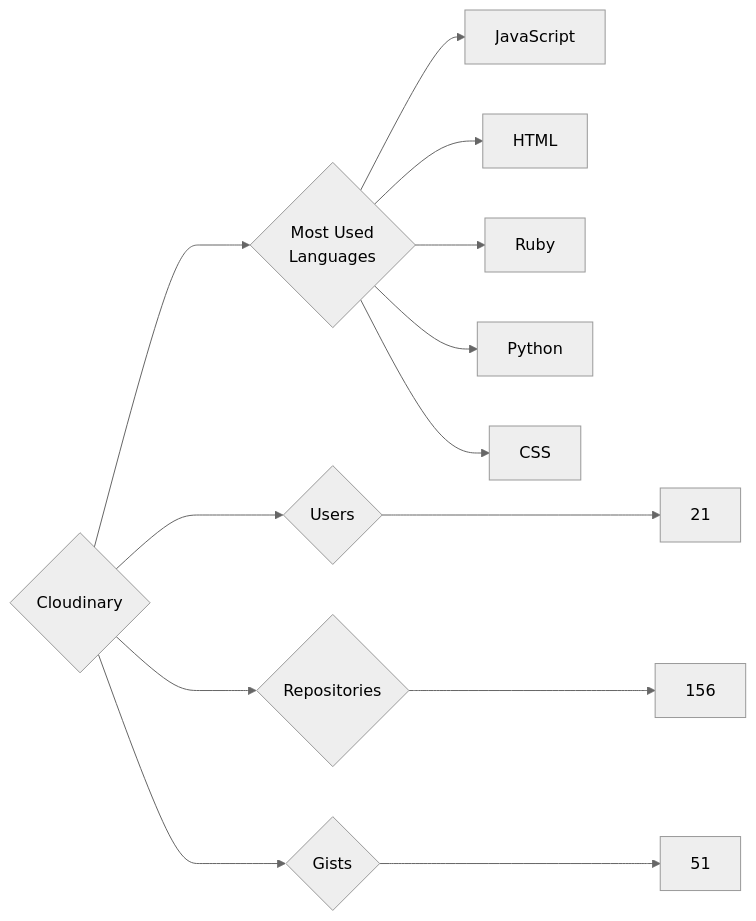
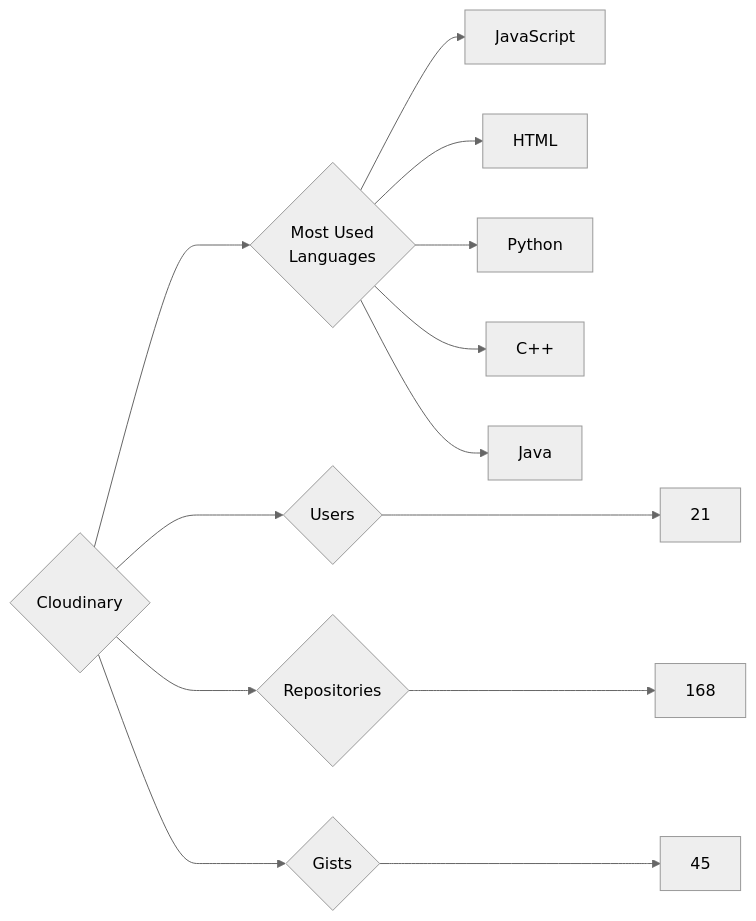
Before and after one commit to trickest/insiders: the diagram in targets/Cloudinary/README.md, drawn with Mermaid (neutral theme). The commit also changed 935 other files, not shown here.

````diff
--- a/targets/Cloudinary/README.md
+++ b/targets/Cloudinary/README.md
@@ -3,13 +3,13 @@
 ```mermaid
 graph LR
 COMPANY_NAME{Cloudinary}
 COMPANY_NAME ---> U{Users} ---> UN[21]
-COMPANY_NAME ---> R{Repositories} ---> RN[156]
-COMPANY_NAME ---> G{Gists} ---> GN[51]
+COMPANY_NAME ---> R{Repositories} ---> RN[168]
+COMPANY_NAME ---> G{Gists} ---> GN[45]
 COMPANY_NAME ---> ML{Most Used<br>Languages}
 ML --> JavaScript[JavaScript]
 ML --> HTML[HTML]
-ML --> Ruby[Ruby]
 ML --> Python[Python]
-ML --> CSS[CSS]
+ML --> C++[C++]
+ML --> Java[Java]
 ```
````
